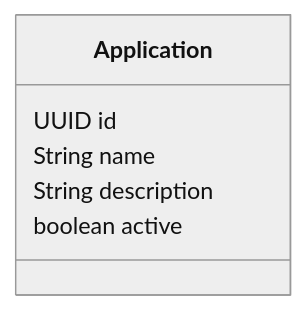
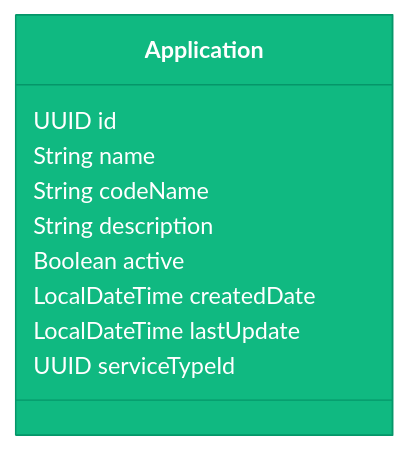
One commit to lanmata/backbone-rest changed the second of 8 diagrams in docs/v1/04-application-client.md. Above: the diagram before and after it, drawn with Mermaid (neutral theme). The commit also changed other lines of this file and 47 other files, not shown here.

````diff
--- a/docs/v1/04-application-client.md
+++ b/docs/v1/04-application-client.md
@@ -36,9 +41,14 @@
 ```mermaid
 classDiagram
     class Application {
         UUID id
         String name
+        String codeName
         String description
-        boolean active
+        Boolean active
+        LocalDateTime createdDate
+        LocalDateTime lastUpdate
+        UUID serviceTypeId
     }
+    style Application fill:#10B981,stroke:#059669,color:#fff
 ```
````
